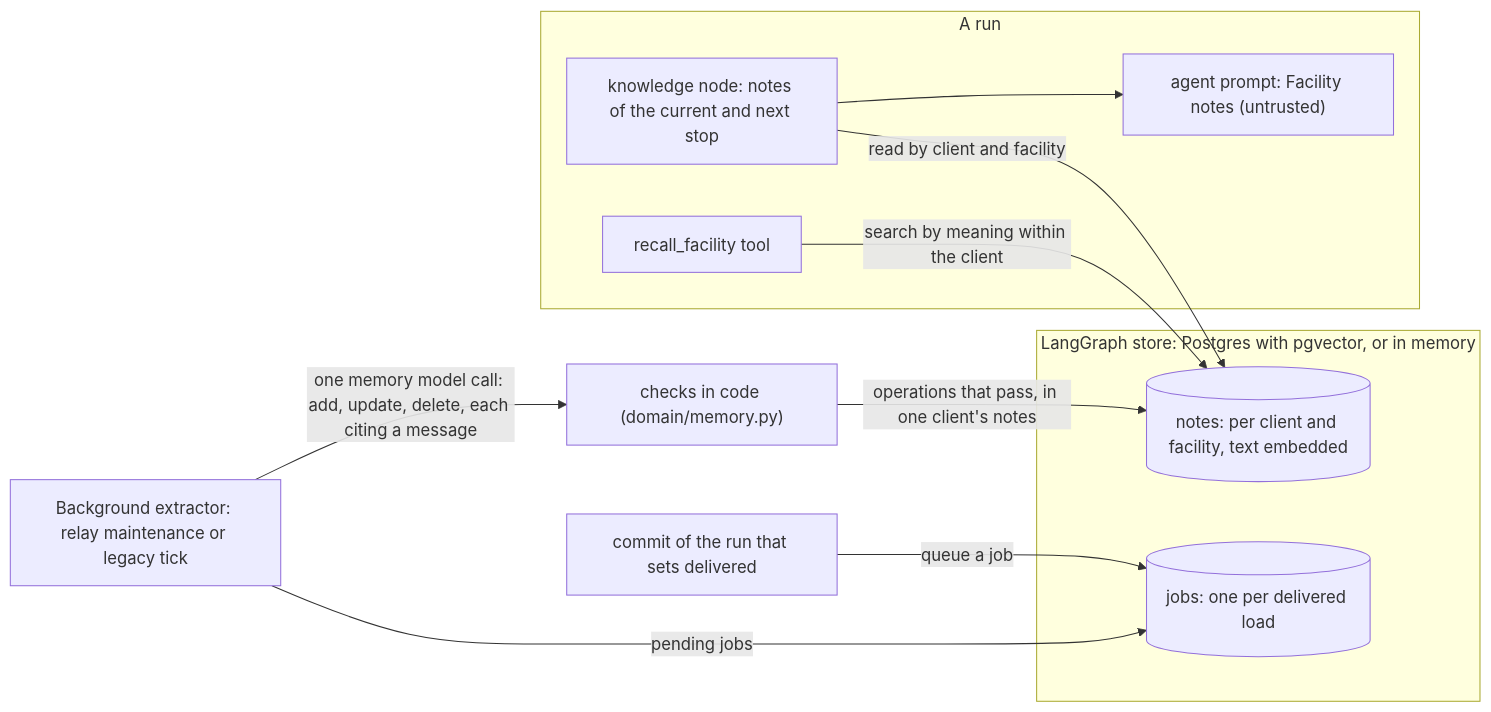
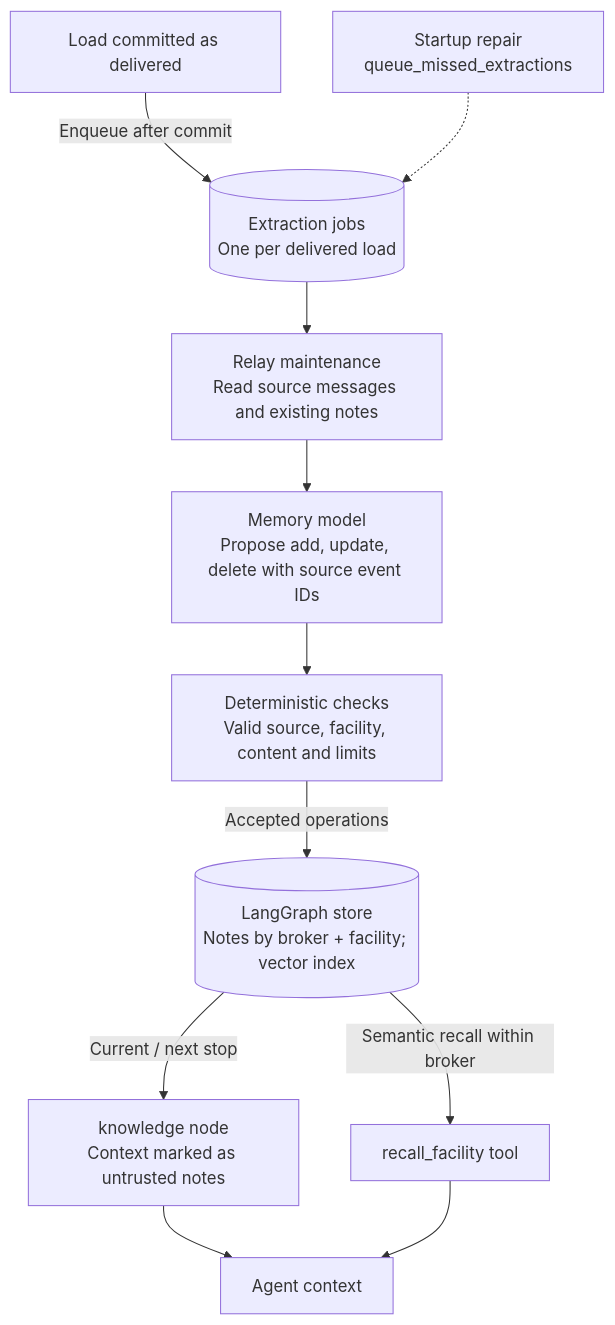
The seventh of 14 diagrams in docs/architecture.md (pedrocwb/freight-hero-assessment), drawn with Mermaid before and after one commit. The commit also changed other lines of this file and 1 other file, not shown here.

Commit message:
docs: redraw architecture diagrams for durable broker operations

````diff
--- a/docs/architecture.md
+++ b/docs/architecture.md
@@ -280,17 +342,14 @@
 ```mermaid
-flowchart LR
-  subgraph run["A run"]
-    K["knowledge node: notes of the current and next stop"] --> P["agent prompt: Facility notes (untrusted)"]
-    T["recall_facility tool"]
-  end
-  subgraph store["LangGraph store: Postgres with pgvector, or in memory"]
-    N[("notes: per client and facility, text embedded")]
-    J[("jobs: one per delivered load")]
-  end
-  C["commit of the run that sets delivered"] -->|queue a job| J
-  X["Background extractor: relay maintenance or legacy tick"] -->|pending jobs| J
-  X -->|"one memory model call: add, update, delete, each citing a message"| G["checks in code (domain/memory.py)"]
-  G -->|"operations that pass, in one client's notes"| N
-  K -->|read by client and facility| N
-  T -->|search by meaning within the client| N
+flowchart TB
+  delivered["Load committed as delivered"] -->|Enqueue after commit| jobs
+  recovery["Startup repair<br/>queue_missed_extractions"] -.-> jobs
+  jobs[("Extraction jobs<br/>One per delivered load")]
+  jobs --> extractor["Relay maintenance<br/>Read source messages and existing notes"]
+  extractor --> model["Memory model<br/>Propose add, update, delete with source event IDs"]
+  model --> checks["Deterministic checks<br/>Valid source, facility, content and limits"]
+  checks -->|Accepted operations| notes[("LangGraph store<br/>Notes by broker + facility; vector index")]
+  notes -->|Current / next stop| knowledge["knowledge node<br/>Context marked as untrusted notes"]
+  notes -->|Semantic recall within broker| tool["recall_facility tool"]
+  knowledge --> agent["Agent context"]
+  tool --> agent
 ```
````
